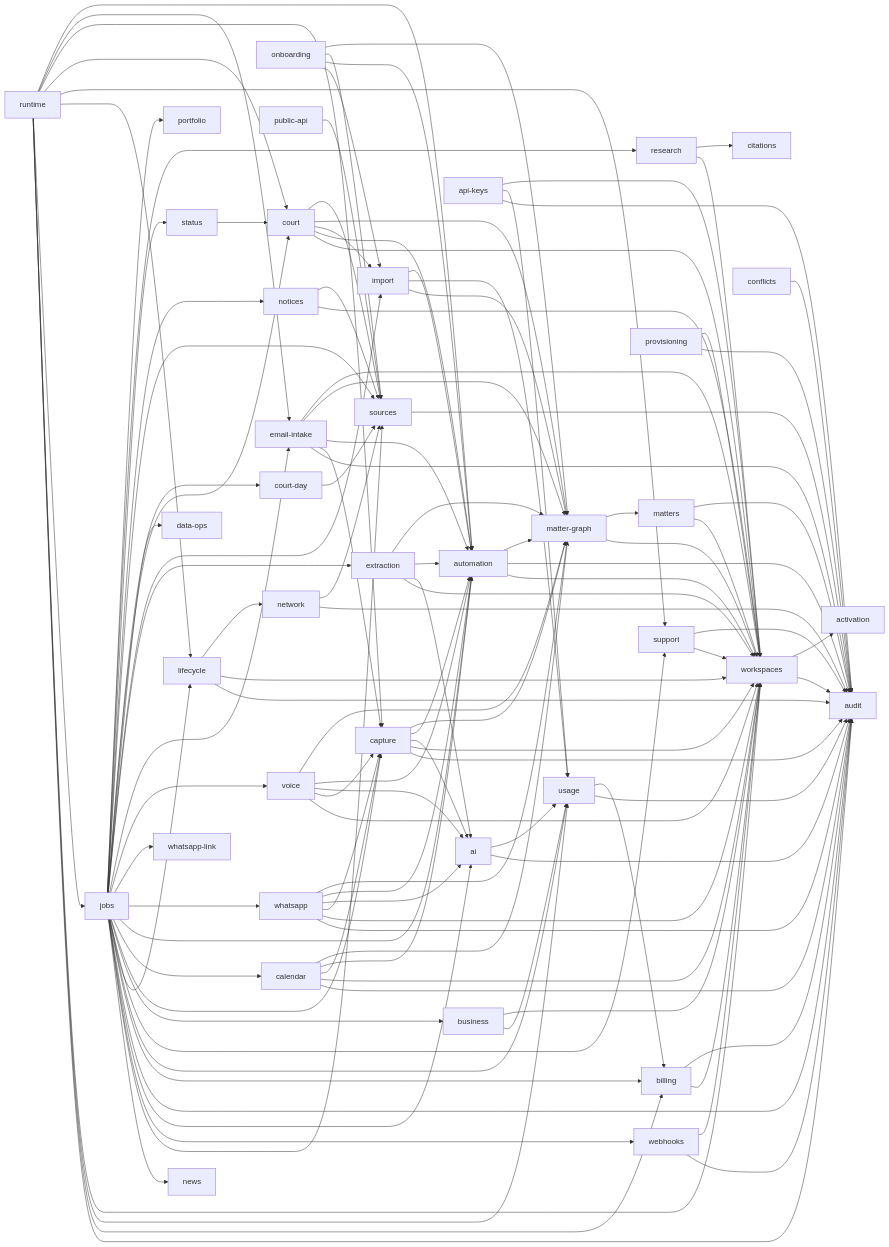
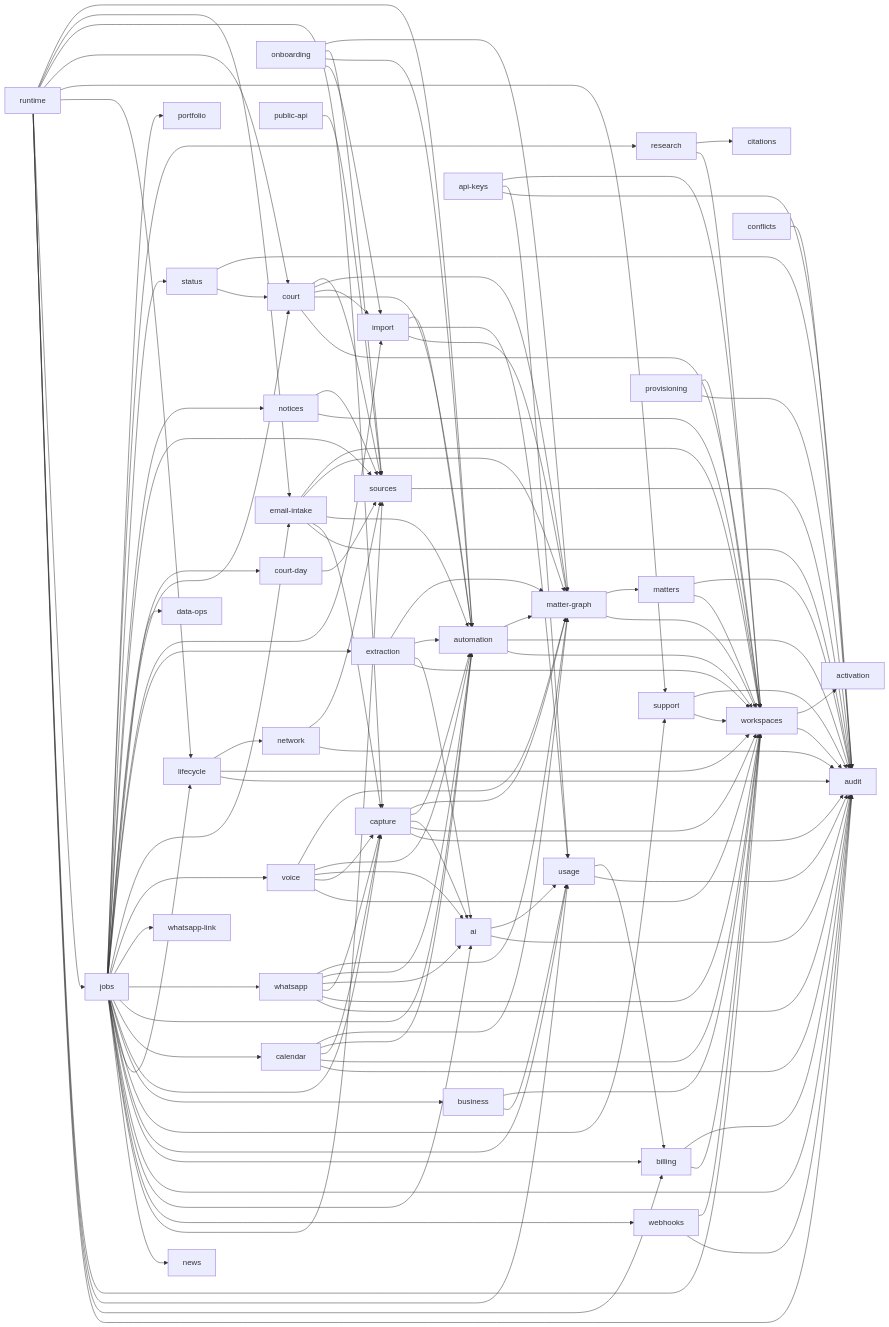
One commit to RapierCraftStudios/causedeck changed the diagram in docs/engineering/core-domains.md. Above: the diagram before and after it, drawn with Mermaid. The commit also changed other lines of this file and 24 other files, not shown here.

```diff
--- a/docs/engineering/core-domains.md
+++ b/docs/engineering/core-domains.md
@@ -168,6 +168,7 @@
   notices --> workspaces
   notices --> sources
   status --> court
+  status --> audit
   jobs --> status
   api-keys --> audit
   api-keys --> usage
```
